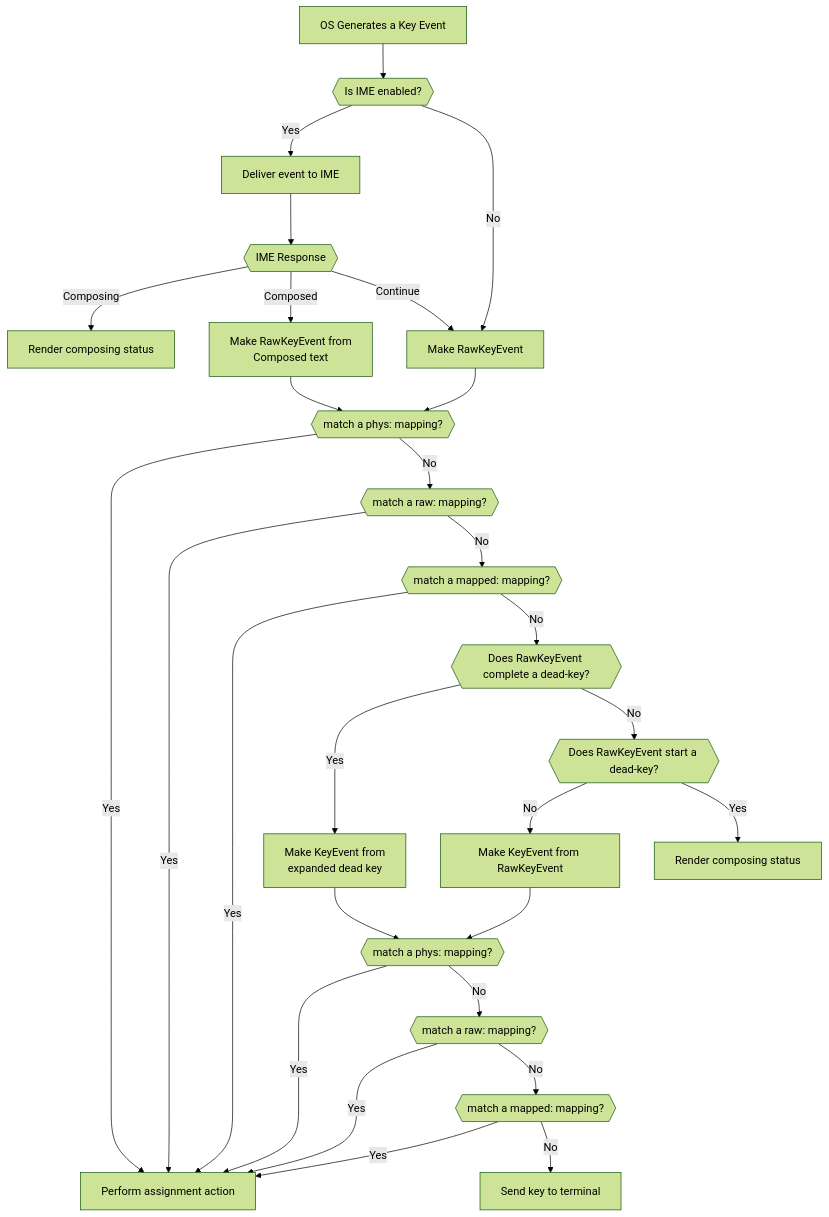
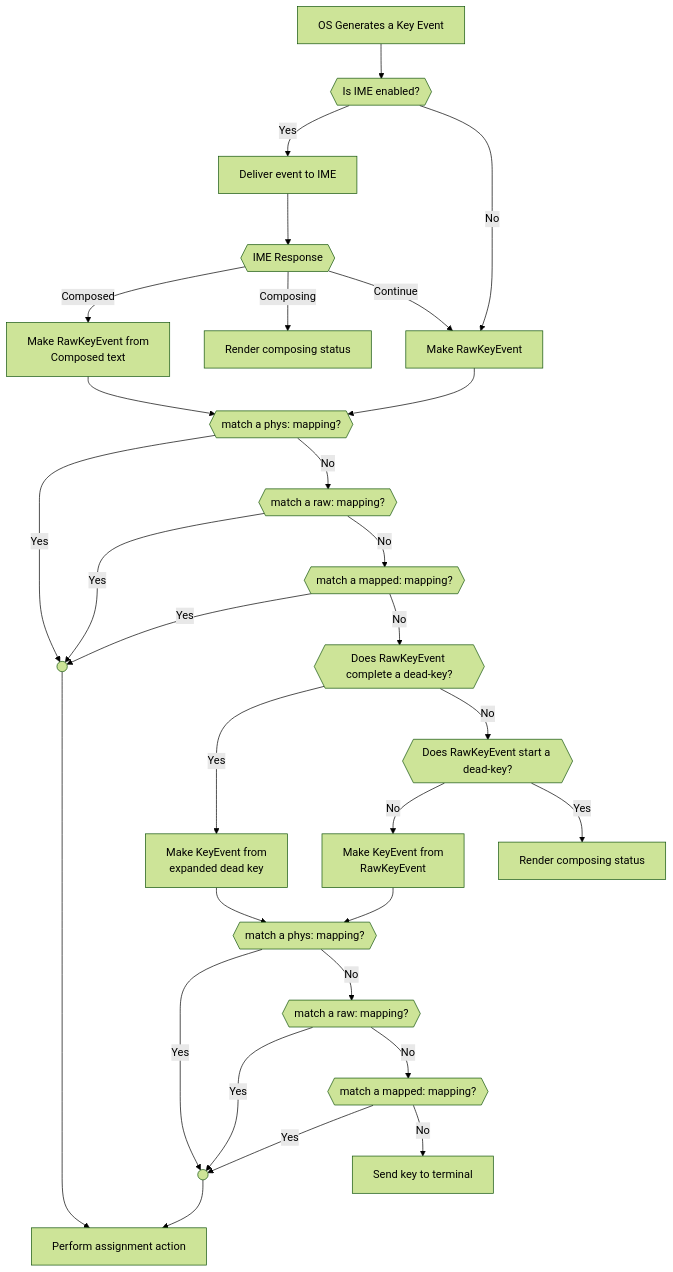
The diagram in docs/config/keyboard-concepts.md (wez/wezterm), drawn with Mermaid (forest theme) before and after one commit.

Commit message:
Docs: Clean and slim the flowchart ...
in keyb-concepts

````diff
--- a/docs/config/keyboard-concepts.md
+++ b/docs/config/keyboard-concepts.md
@@ -42,32 +42,35 @@
 ```mermaid
 flowchart TD
 A[OS Generates a Key Event]
 A --> B{{Is IME enabled?}}
 B -->|Yes| C[Deliver event to IME] --> C1{{IME Response}}
 B -->|No| F
+C1 -->|Composed| D[Make RawKeyEvent from<br/> Composed text] --> RAW1
 C1 -->|Composing| E[Render composing status]
-C1 -->|Composed| D[Make RawKeyEvent from<br/> Composed text] --> RAW1
 C1 -->|Continue| F[Make RawKeyEvent] --> RAW1
 
 RAW1{{match a phys: mapping?}}
-RAW1 -->|Yes| RAWDONE[Perform assignment action]
+RAW1 -->|Yes| RAWDONE1(( ))
 RAW1 -->|No| RAW2{{match a raw: mapping?}}
-RAW2 -->|Yes| RAWDONE
+RAW2 -->|Yes| RAWDONE1
 RAW2 -->|No| RAW3{{match a mapped: mapping?}}
-RAW3 -->|Yes| RAWDONE
+RAW3 -->|Yes| RAWDONE1
 RAW3 -->|No| DEAD1{{Does RawKeyEvent complete a dead-key?}}
 
 DEAD1 -->|Yes| I[Make KeyEvent from<br/>expanded dead key] --> KEY1
 DEAD1 -->|No| DEAD2{{Does RawKeyEvent start a dead-key?}}
-DEAD2 -->|No| J[Make KeyEvent from RawKeyEvent] --> KEY1
+DEAD2 -->|No| J[Make KeyEvent from<br/>RawKeyEvent] --> KEY1
 DEAD2 -->|Yes| DEADCOMP[Render composing status]
 
 KEY1{{match a phys: mapping?}}
-KEY1 -->|Yes| RAWDONE
+KEY1 -->|Yes| RAWDONE2(( ))
 KEY1 -->|No| KEY2{{match a raw: mapping?}}
-KEY2 -->|Yes| RAWDONE
+KEY2 -->|Yes| RAWDONE2
 KEY2 -->|No| KEY3{{match a mapped: mapping?}}
-KEY3 -->|Yes| RAWDONE
+KEY3 -->|Yes| RAWDONE2
 KEY3 -->|No| M[Send key to terminal]
 
+RAWDONE1 --> RAWDONE3[Perform assignment action]
+RAWDONE2 --> RAWDONE3
+
 ```
````
